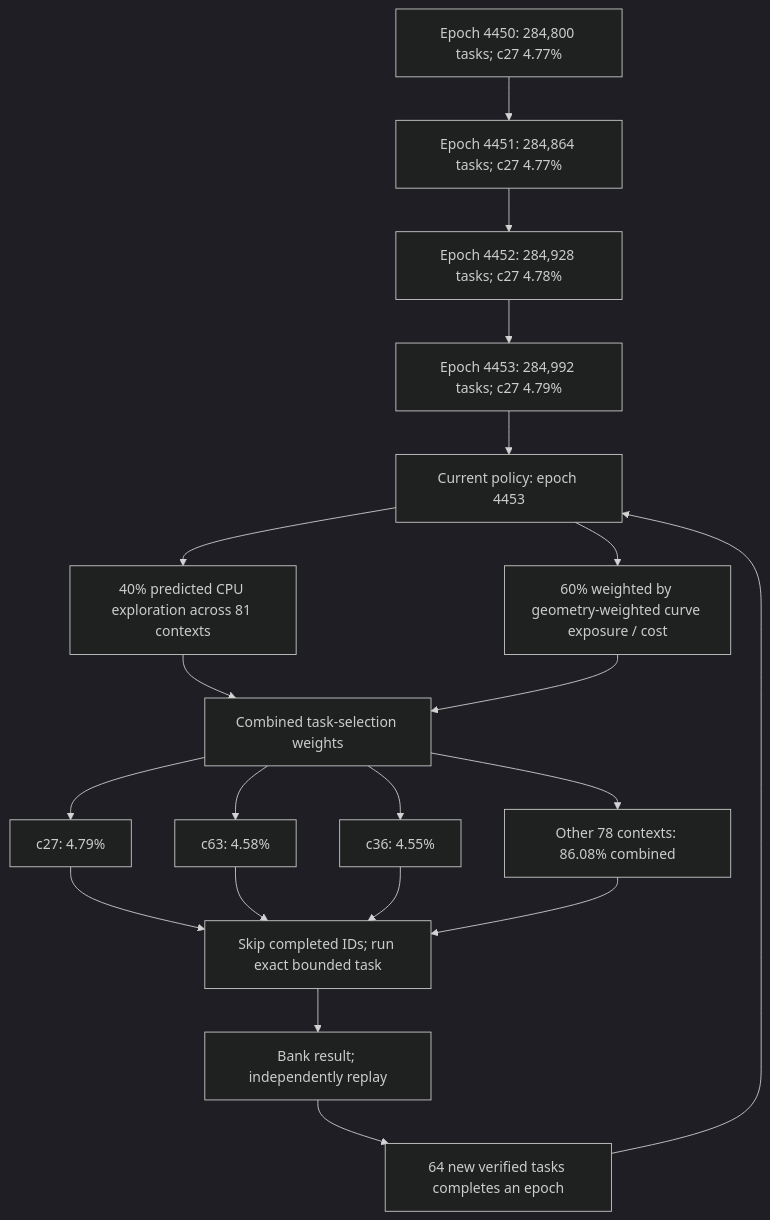
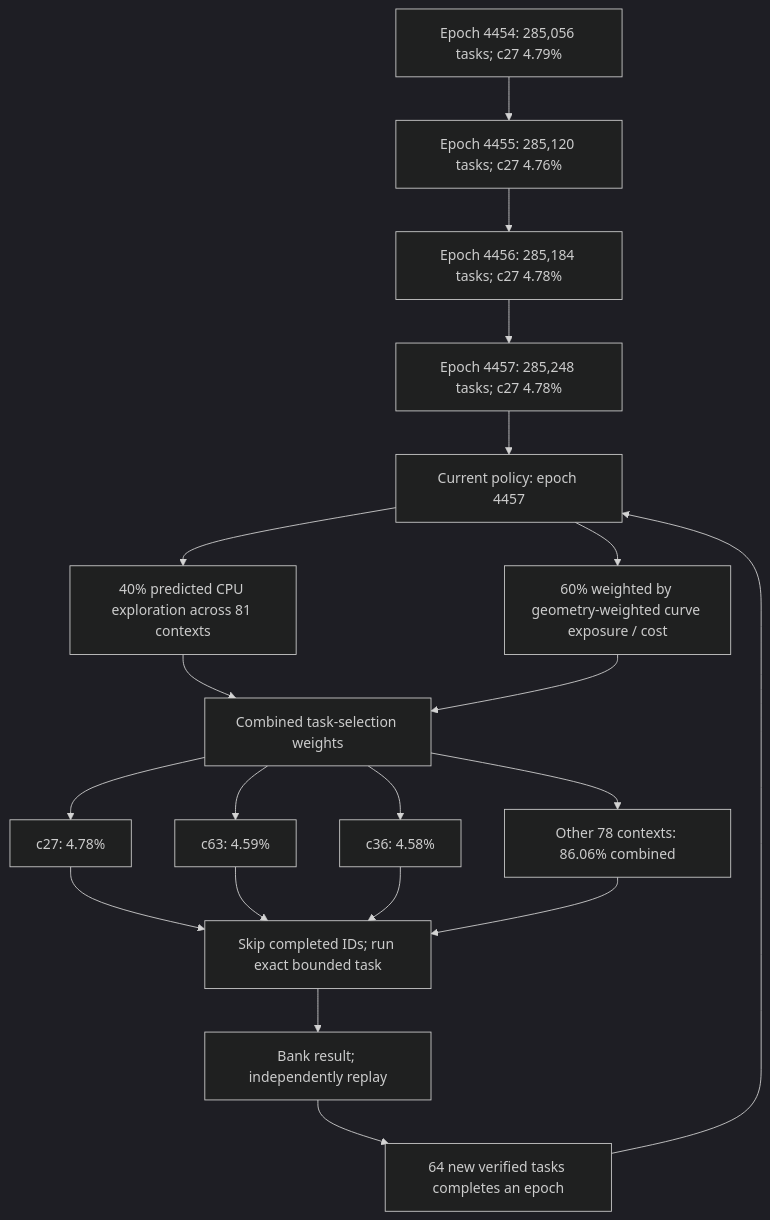
The first of 3 diagrams in README.md (Kuberwastaken/math-gambling), drawn with Mermaid (dark theme) before and after one commit. The commit also changed other lines of this file and 3540 other files, not shown here.

````diff
--- a/README.md
+++ b/README.md
@@ -60,27 +60,27 @@
 ```mermaid
 flowchart TD
-    H0["Epoch 4450: 284,800 tasks; c27 4.77%"]
-    H1["Epoch 4451: 284,864 tasks; c27 4.77%"]
+    H0["Epoch 4454: 285,056 tasks; c27 4.79%"]
+    H1["Epoch 4455: 285,120 tasks; c27 4.76%"]
     H0 --> H1
-    H2["Epoch 4452: 284,928 tasks; c27 4.78%"]
+    H2["Epoch 4456: 285,184 tasks; c27 4.78%"]
     H1 --> H2
-    H3["Epoch 4453: 284,992 tasks; c27 4.79%"]
+    H3["Epoch 4457: 285,248 tasks; c27 4.78%"]
     H2 --> H3
-    Policy["Current policy: epoch 4453"]
+    Policy["Current policy: epoch 4457"]
     H3 --> Policy
     Policy --> Explore["40% predicted CPU exploration across 81 contexts"]
     Policy --> Cost["60% weighted by geometry-weighted curve exposure / cost"]
     Explore --> Mix["Combined task-selection weights"]
     Cost --> Mix
-    Mix --> C0["c27: 4.79%"]
-    Mix --> C1["c63: 4.58%"]
-    Mix --> C2["c36: 4.55%"]
-    Mix --> Rest["Other 78 contexts: 86.08% combined"]
+    Mix --> C0["c27: 4.78%"]
+    Mix --> C1["c63: 4.59%"]
+    Mix --> C2["c36: 4.58%"]
+    Mix --> Rest["Other 78 contexts: 86.06% combined"]
     C0 --> Check["Skip completed IDs; run exact bounded task"]
     C1 --> Check
     C2 --> Check
     Rest --> Check
     Check --> Replay["Bank result; independently replay"]
     Replay --> Gate["64 new verified tasks completes an epoch"]
     Gate --> Policy
 ```
````
